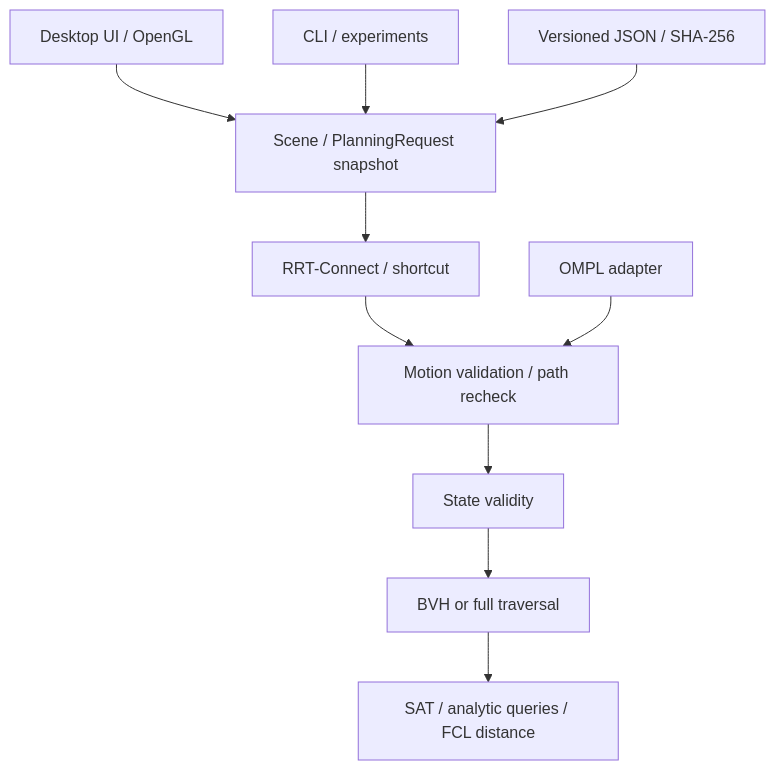
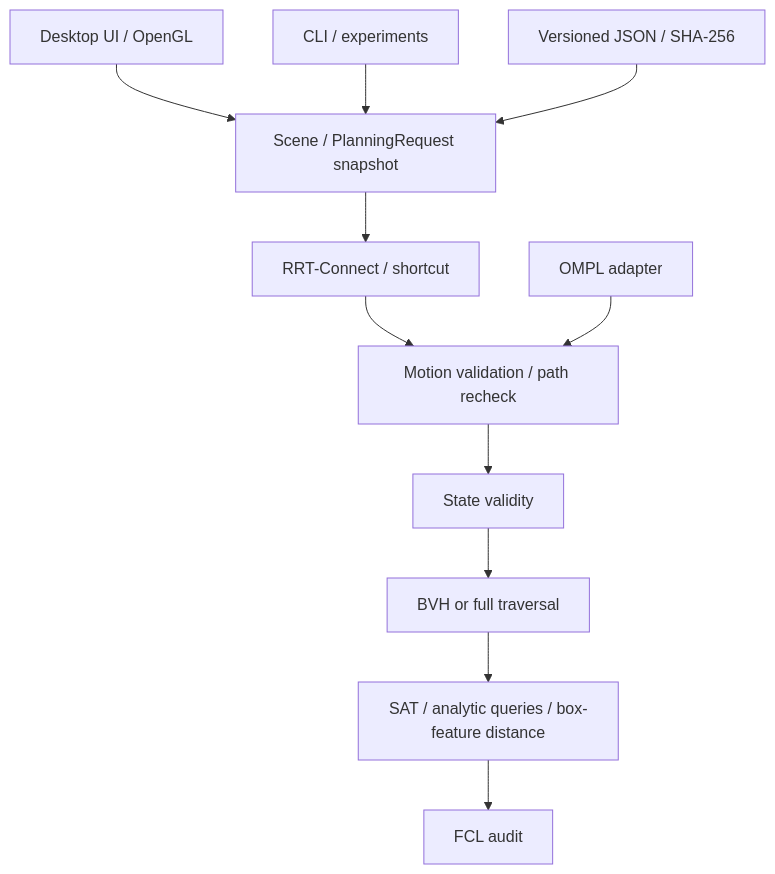
The diagram in docs/architecture.md (CG-Yici/PassageLab), drawn with Mermaid before and after one commit. The commit also changed 12 other files, not shown here.

````diff
--- a/docs/architecture.md
+++ b/docs/architecture.md
@@ -5,12 +5,13 @@
 ```mermaid
 flowchart TD
   Desktop[Desktop UI / OpenGL] --> Core[Scene / PlanningRequest snapshot]
   CLI[CLI / experiments] --> Core
   Core --> Planner[RRT-Connect / shortcut]
   Planner --> Motion[Motion validation / path recheck]
   Motion --> State[State validity]
   State --> BVH[BVH or full traversal]
-  BVH --> Query[SAT / analytic queries / FCL distance]
+  BVH --> Query[SAT / analytic queries / box-feature distance]
+  Query --> Audit[FCL audit]
   IO[Versioned JSON / SHA-256] --> Core
   OMPL[OMPL adapter] --> Motion
 ```
````
